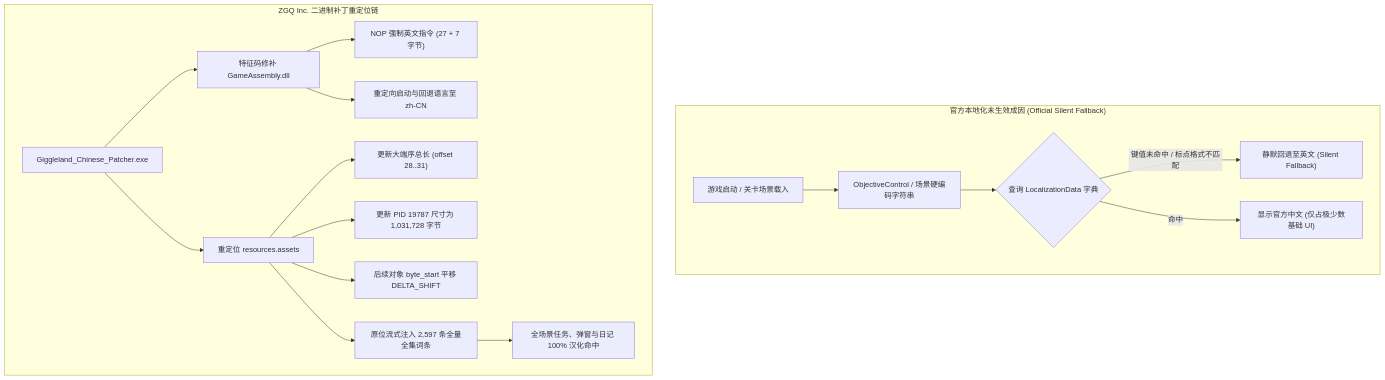
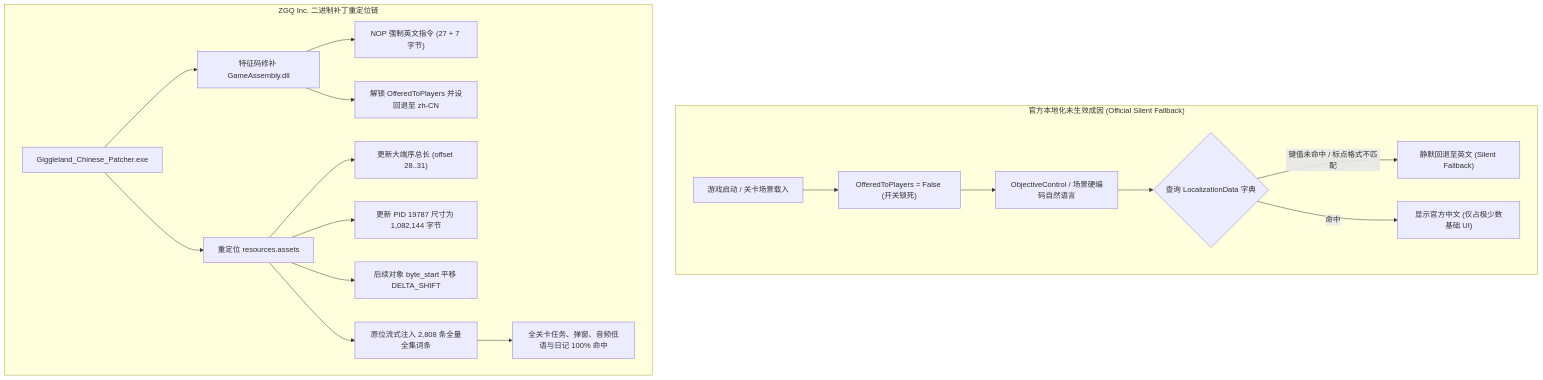
One commit to ZGQ-inc/jekyll-blog changed the diagram in _posts/CopyRightZGQInc/2026-11-11-giggle.md. Above: the diagram before and after it, drawn with Mermaid. The commit also changed other lines of this file, not shown here.

````diff
--- a/_posts/CopyRightZGQInc/2026-11-11-giggle.md
+++ b/_posts/CopyRightZGQInc/2026-11-11-giggle.md
@@ -42,21 +72,22 @@
 ```mermaid
 flowchart TD
     subgraph Bug ["官方本地化未生效成因 (Official Silent Fallback)"]
-        A["游戏启动 / 关卡场景载入"] --> B["ObjectiveControl / 场景硬编码字符串"]
-        B --> C{"查询 LocalizationData 字典"}
-        C -- "键值未命中 / 标点格式不匹配" --> D["静默回退至英文 (Silent Fallback)"]
-        C -- "命中" --> E["显示官方中文 (仅占极少数基础 UI)"]
+        A["游戏启动 / 关卡场景载入"] --> B["OfferedToPlayers = False (开关锁死)"]
+        B --> C["ObjectiveControl / 场景硬编码自然语言"]
+        C --> D{"查询 LocalizationData 字典"}
+        D -- "键值未命中 / 标点格式不匹配" --> E["静默回退至英文 (Silent Fallback)"]
+        D -- "命中" --> F["显示官方中文 (仅占极少数基础 UI)"]
     end
 
     subgraph Solution ["ZGQ Inc. 二进制补丁重定位链"]
-        F["Giggleland_Chinese_Patcher.exe"] --> G["特征码修补 GameAssembly.dll"]
-        G --> G1["NOP 强制英文指令 (27 + 7 字节)"]
-        G --> G2["重定向启动与回退语言至 zh-CN"]
-        F --> H["重定位 resources.assets"]
-        H --> H1["更新大端序总长 (offset 28..31)"]
-        H --> H2["更新 PID 19787 尺寸为 1,031,728 字节"]
-        H --> H3["后续对象 byte_start 平移 DELTA_SHIFT"]
-        H --> H4["原位流式注入 2,597 条全量全集词条"]
-        H4 --> I["全场景任务、弹窗与日记 100% 汉化命中"]
+        G["Giggleland_Chinese_Patcher.exe"] --> H["特征码修补 GameAssembly.dll"]
+        H --> H1["NOP 强制英文指令 (27 + 7 字节)"]
+        H --> H2["解锁 OfferedToPlayers 并设回退至 zh-CN"]
+        G --> I["重定位 resources.assets"]
+        I --> I1["更新大端序总长 (offset 28..31)"]
+        I --> I2["更新 PID 19787 尺寸为 1,082,144 字节"]
+        I --> I3["后续对象 byte_start 平移 DELTA_SHIFT"]
+        I --> I4["原位流式注入 2,808 条全量全集词条"]
+        I4 --> J["全关卡任务、弹窗、音频低语与日记 100% 命中"]
     end
 ```
````
